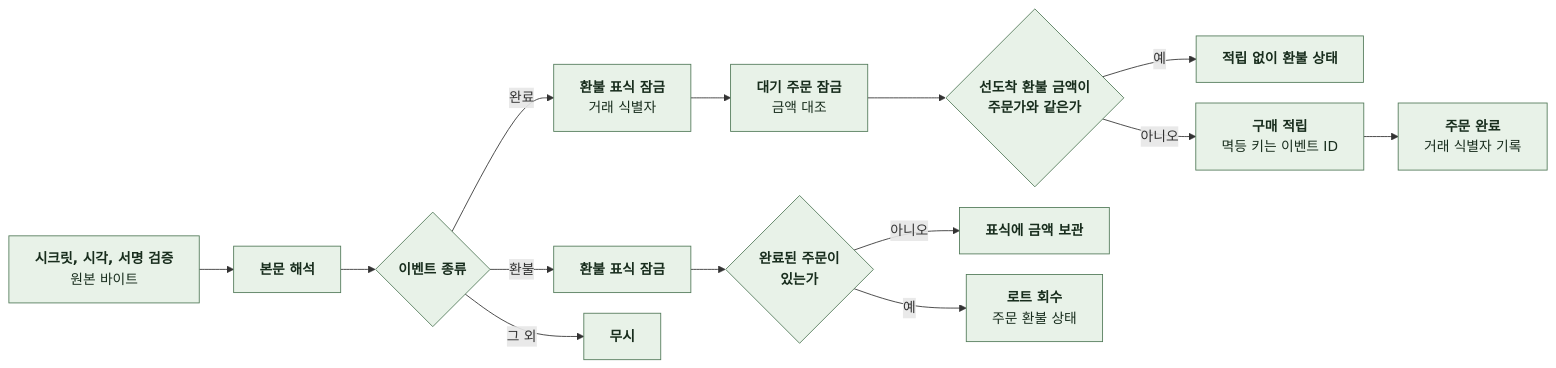
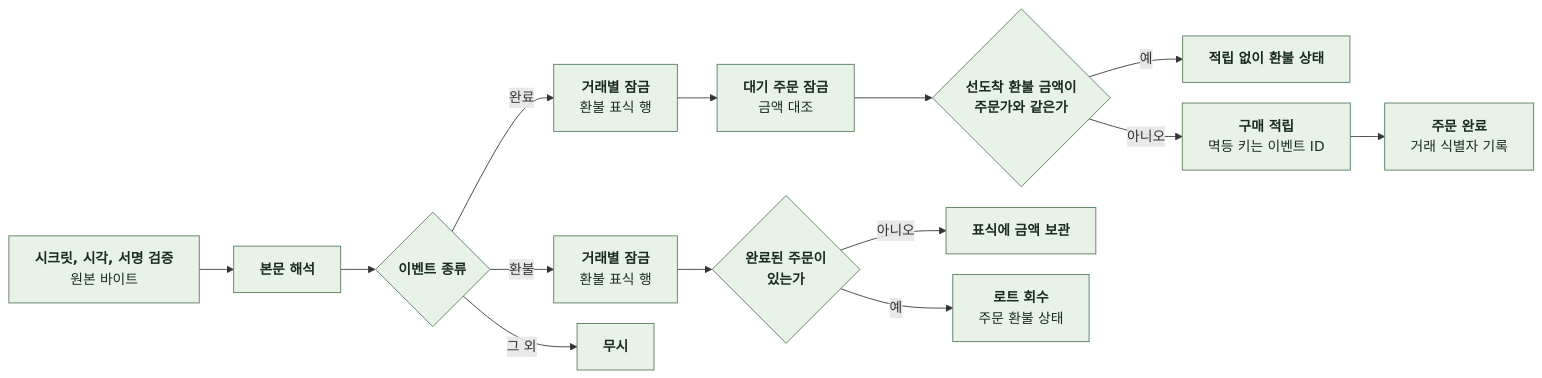
Before and after one commit to KIM-N-KANG/knk-harness: diagram 13 of 14 in docs/domain/PAYMENT/BACKEND/4-1-PIPELINES.md, drawn with Mermaid. The commit also changed 1 other file, not shown here.

Commit message:
[KNK-1674] Docs: 환불 표식의 잠금 역할을 용어와 흐름도에 드러냄

````diff
--- a/docs/domain/PAYMENT/BACKEND/4-1-PIPELINES.md
+++ b/docs/domain/PAYMENT/BACKEND/4-1-PIPELINES.md
@@ -356,28 +356,29 @@
 ```mermaid
 %%{init: {"flowchart": {"curve": "basis", "nodeSpacing": 24, "rankSpacing": 40}}}%%
 flowchart LR
     A["`**시크릿, 시각, 서명 검증**
 원본 바이트`"] --> B["`**본문 해석**`"]
     B --> C{"`**이벤트 종류**`"}
-    C -->|완료| D["`**환불 표식 잠금**
-거래 식별자`"]
+    C -->|완료| D["`**거래별 잠금**
+환불 표식 행`"]
     D --> E["`**대기 주문 잠금**
 금액 대조`"]
     E --> F{"`**선도착 환불 금액이
 주문가와 같은가**`"}
     F -->|예| G["`**적립 없이 환불 상태**`"]
     F -->|아니오| H["`**구매 적립**
 멱등 키는 이벤트 ID`"]
     H --> I["`**주문 완료**
 거래 식별자 기록`"]
-    C -->|환불| J["`**환불 표식 잠금**`"]
+    C -->|환불| J["`**거래별 잠금**
+환불 표식 행`"]
     J --> K{"`**완료된 주문이
 있는가**`"}
     K -->|아니오| L["`**표식에 금액 보관**`"]
     K -->|예| M["`**로트 회수**
 주문 환불 상태`"]
     C -->|그 외| N["`**무시**`"]
     classDef comp fill:#E8F2E8,stroke:#527A59,color:#182D1D
     classDef task fill:#F5D9C9,stroke:#B97450,color:#452B1D
     class A,B,C,D,E,F,G,H,I,J,K,L,M,N comp
 ```
````
